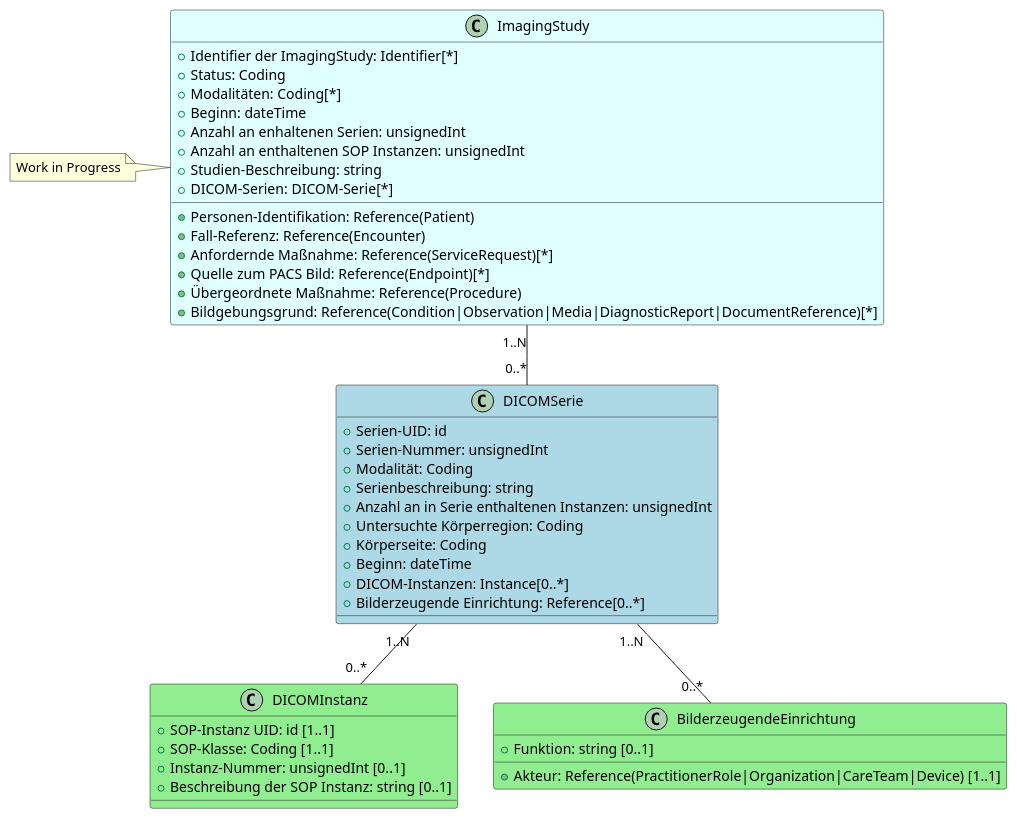
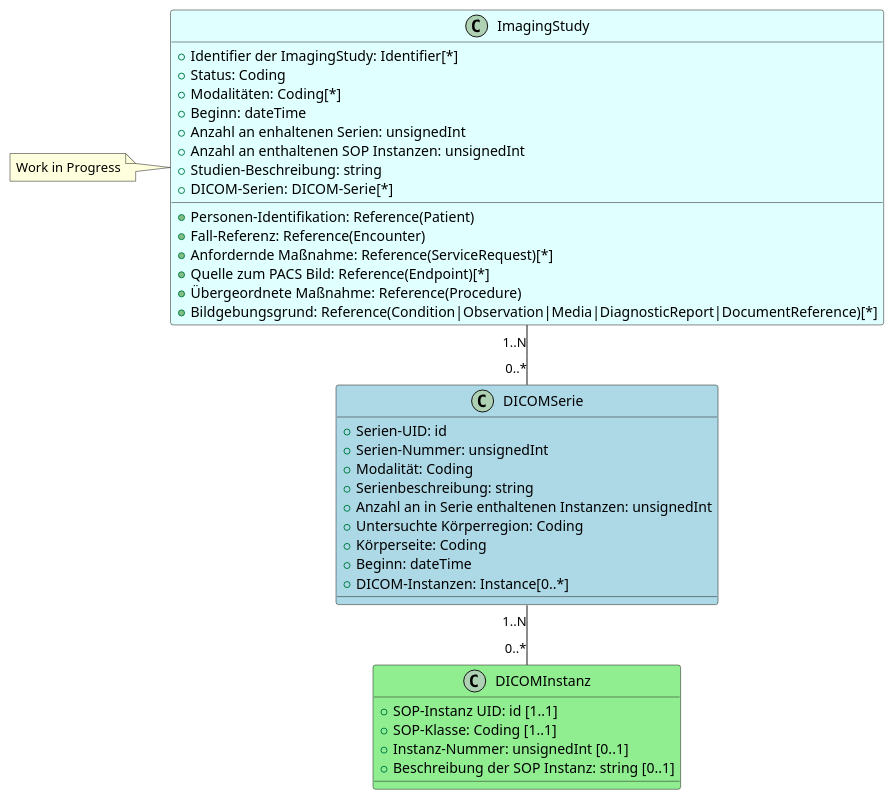
Before and after one commit to medizininformatik-initiative/kerndatensatz-bildgebung: the diagram in plantUmlSrc/ImagingStudy.plantuml, drawn with PlantUML.

```diff
--- a/plantUmlSrc/ImagingStudy.plantuml
+++ b/plantUmlSrc/ImagingStudy.plantuml
@@ -1,48 +1,41 @@
 @startuml
 class ImagingStudy #LightCyan {
   + Identifier der ImagingStudy: Identifier[*]
   + Status: Coding
   + Modalitäten: Coding[*]
   + Personen-Identifikation: Reference(Patient)
   + Fall-Referenz: Reference(Encounter)
   + Beginn: dateTime
   + Anfordernde Maßnahme: Reference(ServiceRequest)[*]
   + Quelle zum PACS Bild: Reference(Endpoint)[*]
   + Anzahl an enhaltenen Serien: unsignedInt
   + Anzahl an enthaltenen SOP Instanzen: unsignedInt
   + Übergeordnete Maßnahme: Reference(Procedure)
   + Bildgebungsgrund: Reference(Condition|Observation|Media|DiagnosticReport|DocumentReference)[*]
   + Studien-Beschreibung: string
   + DICOM-Serien: DICOM-Serie[*]
 }
 note left: Work in Progress
 
 class DICOMSerie #LightBlue {
   + Serien-UID: id
   + Serien-Nummer: unsignedInt
   + Modalität: Coding
   + Serienbeschreibung: string
   + Anzahl an in Serie enthaltenen Instanzen: unsignedInt
   + Untersuchte Körperregion: Coding
   + Körperseite: Coding
   + Beginn: dateTime
   + DICOM-Instanzen: Instance[0..*]
-  + Bilderzeugende Einrichtung: Reference[0..*]
 }
 
 class DICOMInstanz #LightGreen {
   + SOP-Instanz UID: id [1..1]
   + SOP-Klasse: Coding [1..1]
   + Instanz-Nummer: unsignedInt [0..1]
   + Beschreibung der SOP Instanz: string [0..1]
 }
 
-class BilderzeugendeEinrichtung #LightGreen {
-  + Akteur: Reference(PractitionerRole|Organization|CareTeam|Device) [1..1]
-  + Funktion: string [0..1]
-}
-
 ImagingStudy "1..N" -- "0..*" DICOMSerie
 DICOMSerie "1..N" -- "0..*" DICOMInstanz
-DICOMSerie "1..N" -- "0..*" BilderzeugendeEinrichtung 
 @enduml
```
